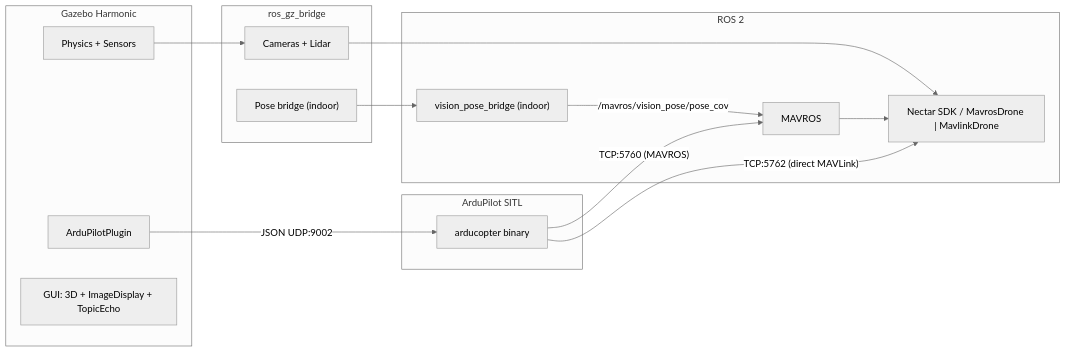
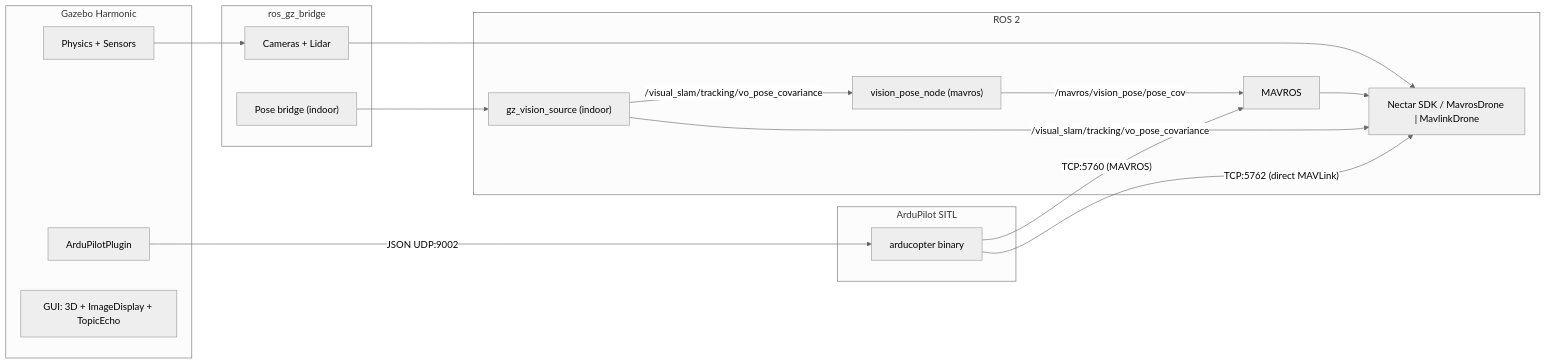
Before and after one commit to Black-Bee-Drones/nectar-sdk: the first of 2 diagrams in nectar/simulation/README.md, drawn with Mermaid (neutral theme). The commit also changed other lines of this file and 11 other files, not shown here.

````diff
--- a/nectar/simulation/README.md
+++ b/nectar/simulation/README.md
@@ -9,32 +9,35 @@
 ```mermaid
 flowchart LR
     subgraph sitl [ArduPilot SITL]
         ArduCopter["arducopter binary"]
     end
 
     subgraph gazebo [Gazebo Harmonic]
         Physics["Physics + Sensors"]
         ArduPlugin["ArduPilotPlugin"]
         GUI["GUI: 3D + ImageDisplay + TopicEcho"]
     end
 
     subgraph bridge [ros_gz_bridge]
         SensorBridge["Cameras + Lidar"]
         PoseBridge["Pose bridge (indoor)"]
     end
 
     subgraph ros2 [ROS 2]
         MAVROS["MAVROS"]
-        VisionBridge["vision_pose_bridge (indoor)"]
+        VisionSource["gz_vision_source (indoor)"]
+        VisionNode["vision_pose_node (mavros)"]
         SDK["Nectar SDK / MavrosDrone | MavlinkDrone"]
     end
 
     ArduPlugin -->|"JSON UDP:9002"| ArduCopter
     ArduCopter -->|"TCP:5760 (MAVROS)"| MAVROS
     ArduCopter -->|"TCP:5762 (direct MAVLink)"| SDK
     Physics --> SensorBridge
     SensorBridge --> SDK
-    PoseBridge --> VisionBridge
-    VisionBridge -->|"/mavros/vision_pose/pose_cov"| MAVROS
+    PoseBridge --> VisionSource
+    VisionSource -->|"/visual_slam/tracking/vo_pose_covariance"| VisionNode
+    VisionSource -->|"/visual_slam/tracking/vo_pose_covariance"| SDK
+    VisionNode -->|"/mavros/vision_pose/pose_cov"| MAVROS
     MAVROS --> SDK
 ```
````
